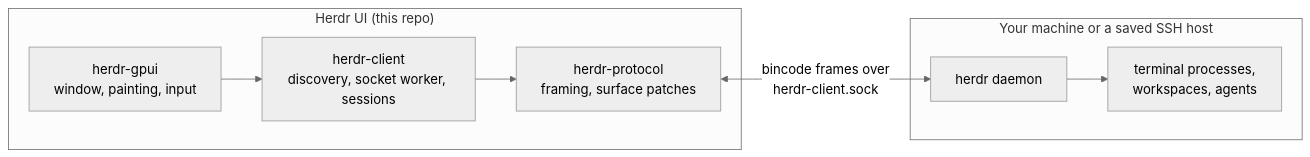
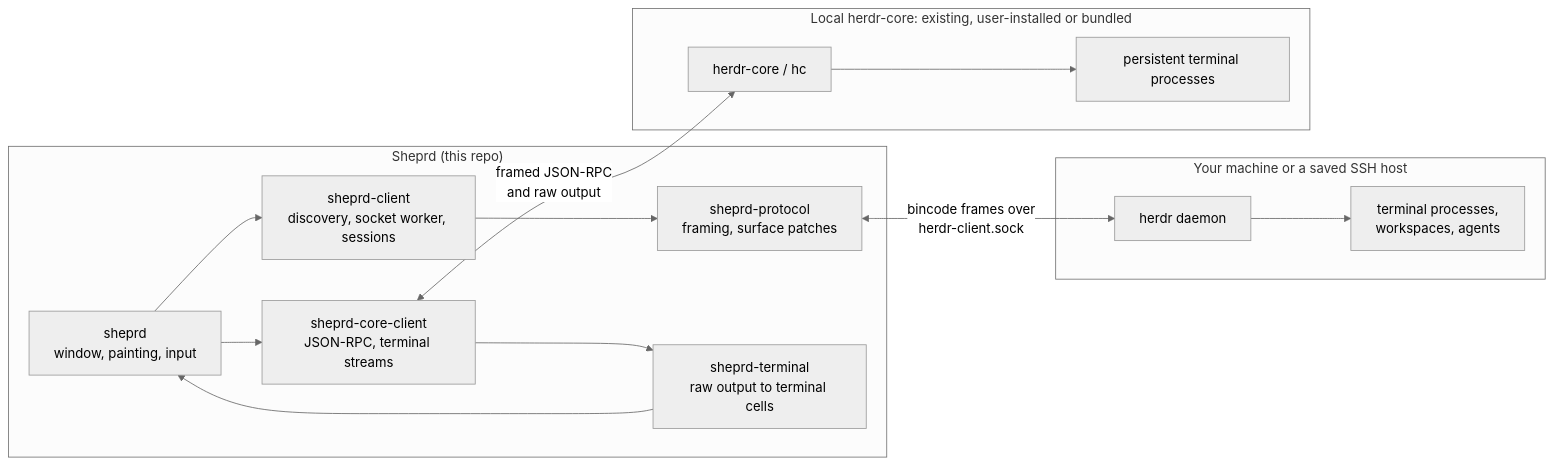
Before and after one commit to penso/herdr-gpui: the diagram in README.md, drawn with Mermaid (neutral theme). The commit also changed other lines of this file and 6842 other files, not shown here.

First line of the commit message:
feat: rename Herdr UI to Sheprd while preserving upgrades

````diff
--- a/README.md
+++ b/README.md
@@ -405,16 +436,25 @@
 ```mermaid
 flowchart LR
-    subgraph app["Herdr UI (this repo)"]
-        ui["herdr-gpui<br/>window, painting, input"]
-        client["herdr-client<br/>discovery, socket worker, sessions"]
-        proto["herdr-protocol<br/>framing, surface patches"]
+    subgraph app["Sheprd (this repo)"]
+        ui["sheprd<br/>window, painting, input"]
+        client["sheprd-client<br/>discovery, socket worker, sessions"]
+        proto["sheprd-protocol<br/>framing, surface patches"]
         ui --> client --> proto
+        core_client["sheprd-core-client<br/>JSON-RPC, terminal streams"]
+        terminal["sheprd-terminal<br/>raw output to terminal cells"]
+        ui --> core_client
+        core_client --> terminal --> ui
     end
 
     proto <-->|"bincode frames over<br/>herdr-client.sock"| daemon
 
     subgraph host["Your machine or a saved SSH host"]
         daemon["herdr daemon"]
         daemon --> terms["terminal processes,<br/>workspaces, agents"]
     end
+
+    core_client <-->|"framed JSON-RPC<br/>and raw output"| core
+    subgraph local["Local herdr-core: existing, user-installed or bundled"]
+        core["herdr-core / hc"] --> core_terms["persistent terminal processes"]
+    end
 ```
````
